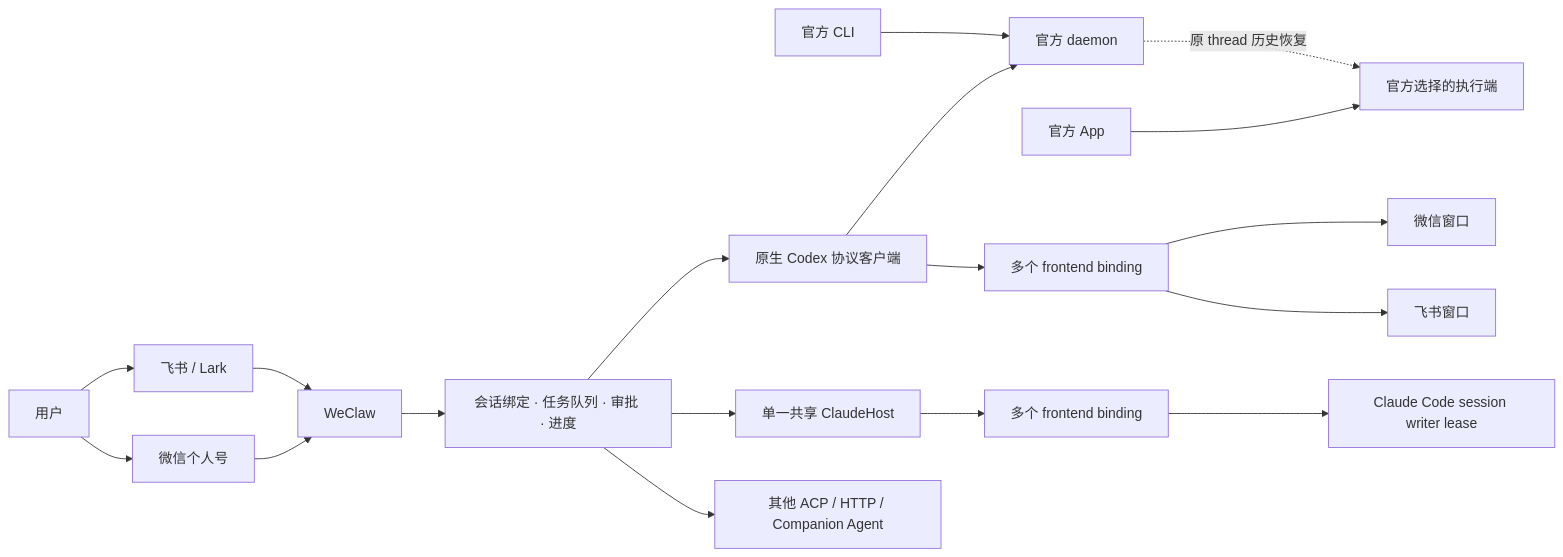
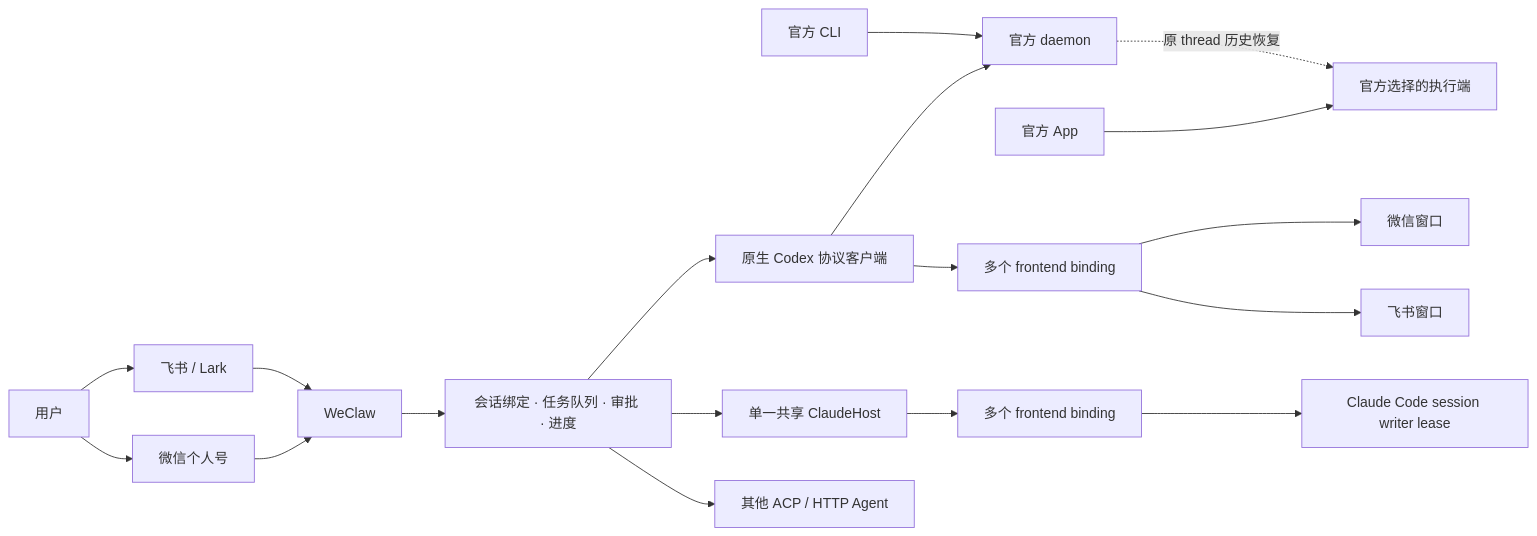
Before and after one commit to TingRuDeng/weclaw: the diagram in README_CN.md, drawn with Mermaid. The commit also changed other lines of this file and 34 other files, not shown here.

````diff
--- a/README_CN.md
+++ b/README_CN.md
@@ -209,20 +209,20 @@
 ```mermaid
 flowchart LR
     User[用户] --> WeChat[微信个人号]
     User --> Feishu[飞书 / Lark]
     WeChat --> Bridge[WeClaw]
     Feishu --> Bridge
     Bridge --> Core[会话绑定 · 任务队列 · 审批 · 进度]
     Core --> Codex[原生 Codex 协议客户端]
     Codex --> Daemon[官方 daemon]
     CLI[官方 CLI] --> Daemon
     App[官方 App] --> AppHost[官方选择的执行端]
     Daemon -. 原 thread 历史恢复 .-> AppHost
     Core --> Claude[单一共享 ClaudeHost]
-    Core --> Other[其他 ACP / HTTP / Companion Agent]
+    Core --> Other[其他 ACP / HTTP Agent]
     Codex --> Bindings[多个 frontend binding]
     Bindings --> WeChatClient[微信窗口]
     Bindings --> FeishuClient[飞书窗口]
     Claude --> ClaudeBindings[多个 frontend binding]
     ClaudeBindings --> Session[Claude Code session writer lease]
 ```
````
